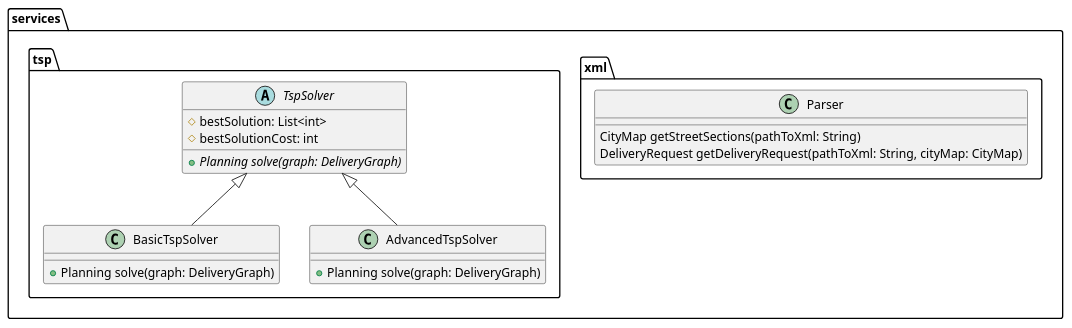
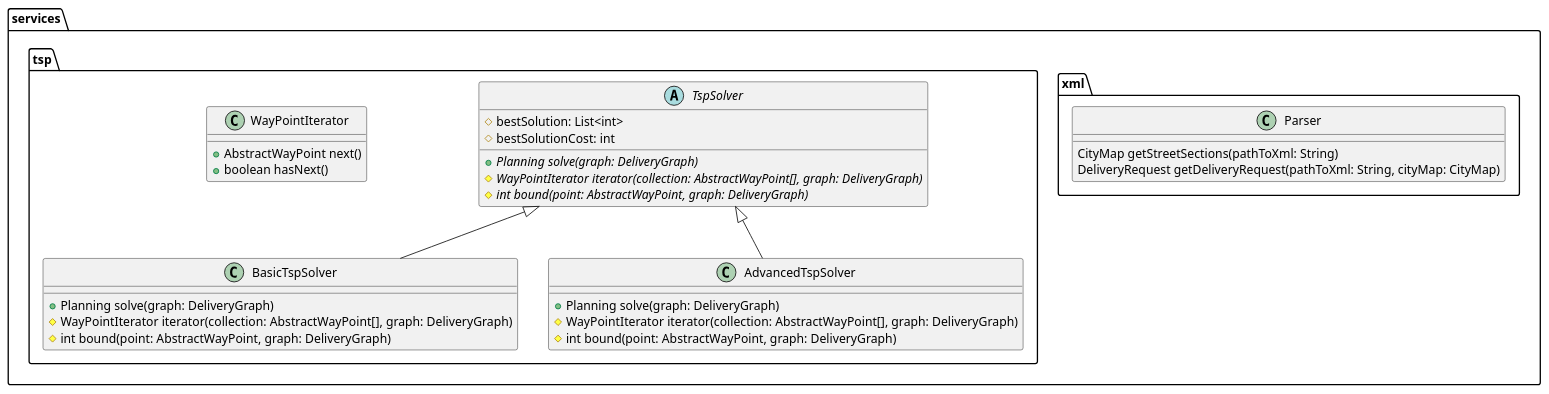
The diagram in docs/uml/package.services.puml (if-h4102/pld-agile), drawn with PlantUML before and after one commit. The commit also changed 3 other files, not shown here.

```diff
--- a/docs/uml/package.services.puml
+++ b/docs/uml/package.services.puml
@@ -1,34 +1,44 @@
 @startuml
 
 package services {
     package xml {
         class Parser {
             CityMap getStreetSections(pathToXml: String)
             DeliveryRequest getDeliveryRequest(pathToXml: String, cityMap: CityMap)
         }
     }
 
     package tsp {
         abstract class TspSolver {
             #bestSolution: List<int>
             #bestSolutionCost: int
             +{abstract} Planning solve(graph: DeliveryGraph)
+            #{abstract} WayPointIterator iterator(collection: AbstractWayPoint[], graph: DeliveryGraph)
+            #{abstract} int bound(point: AbstractWayPoint, graph: DeliveryGraph)
         }
 
         class BasicTspSolver {
             +Planning solve(graph: DeliveryGraph)
+            #WayPointIterator iterator(collection: AbstractWayPoint[], graph: DeliveryGraph)
+            #int bound(point: AbstractWayPoint, graph: DeliveryGraph)
         }
 
         class AdvancedTspSolver {
             +Planning solve(graph: DeliveryGraph)
+            #WayPointIterator iterator(collection: AbstractWayPoint[], graph: DeliveryGraph)
+            #int bound(point: AbstractWayPoint, graph: DeliveryGraph)
+        }
+
+        class WayPointIterator {
+            +AbstractWayPoint next()
+            +boolean hasNext()
         }
 
         TspSolver <|-- BasicTspSolver
         TspSolver <|-- AdvancedTspSolver
-
     }
 }
 
 
 
 @enduml
```
